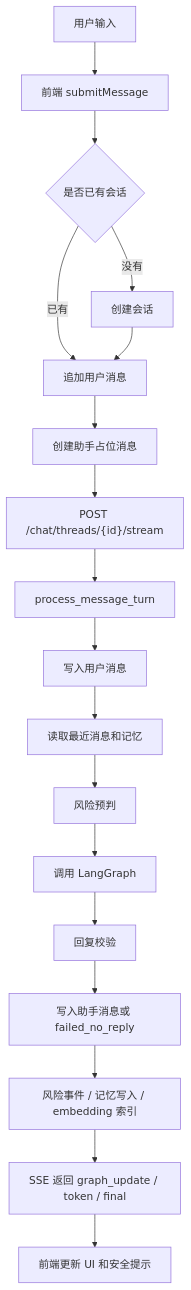
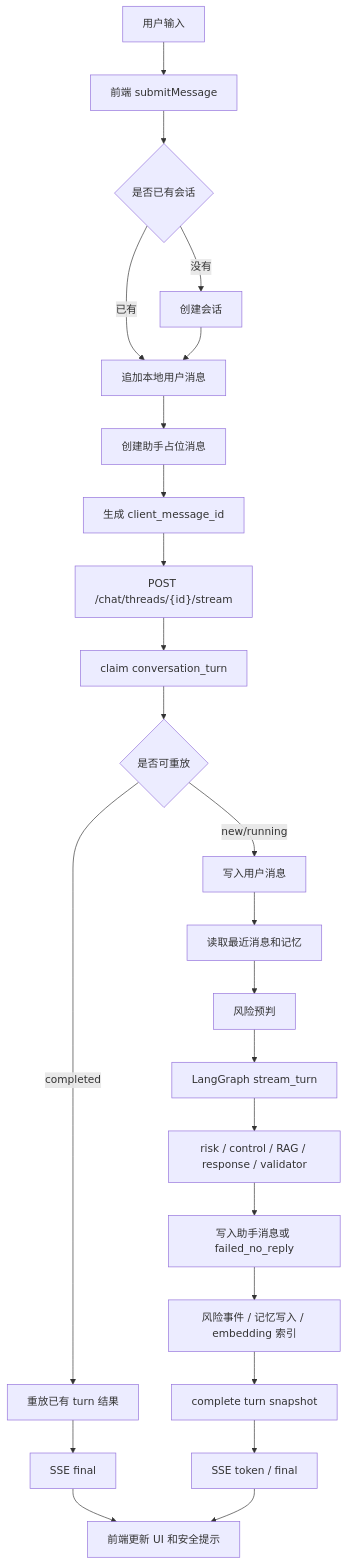
The diagram in 资料/对话模块优化研究.md (xiaoze123kk/psy-agent), drawn with Mermaid before and after one commit. The commit also changed other lines of this file and 7 other files, not shown here.

Commit message:
feat：graph trace持久化

````diff
--- a/资料/对话模块优化研究.md
+++ b/资料/对话模块优化研究.md
@@ -33,20 +35,26 @@
 ```mermaid
 flowchart TD
     A["用户输入"] --> B["前端 submitMessage"]
     B --> C{"是否已有会话"}
     C -- "没有" --> D["创建会话"]
-    C -- "已有" --> E["追加用户消息"]
+    C -- "已有" --> E["追加本地用户消息"]
     D --> E
     E --> F["创建助手占位消息"]
-    F --> G["POST /chat/threads/{id}/stream"]
-    G --> H["process_message_turn"]
-    H --> I["写入用户消息"]
-    I --> J["读取最近消息和记忆"]
-    J --> K["风险预判"]
-    K --> L["调用 LangGraph"]
-    L --> M["回复校验"]
-    M --> N["写入助手消息或 failed_no_reply"]
-    N --> O["风险事件 / 记忆写入 / embedding 索引"]
-    O --> P["SSE 返回 graph_update / token / final"]
-    P --> Q["前端更新 UI 和安全提示"]
+    F --> G["生成 client_message_id"]
+    G --> H["POST /chat/threads/{id}/stream"]
+    H --> I["claim conversation_turn"]
+    I --> J{"是否可重放"}
+    J -- "completed" --> K["重放已有 turn 结果"]
+    J -- "new/running" --> L["写入用户消息"]
+    L --> M["读取最近消息和记忆"]
+    M --> N["风险预判"]
+    N --> O["LangGraph stream_turn"]
+    O --> P["risk / control / RAG / response / validator"]
+    P --> Q["写入助手消息或 failed_no_reply"]
+    Q --> R["风险事件 / 记忆写入 / embedding 索引"]
+    R --> S["complete turn snapshot"]
+    K --> T["SSE final"]
+    S --> U["SSE token / final"]
+    T --> V["前端更新 UI 和安全提示"]
+    U --> V
 ```
````
